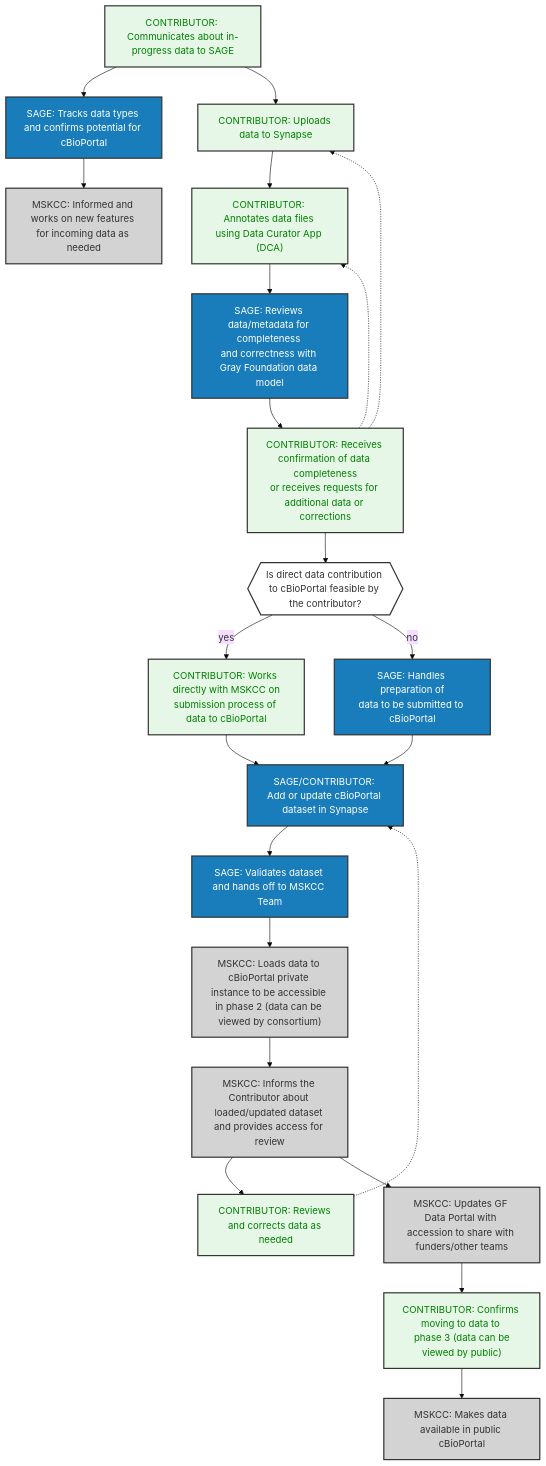
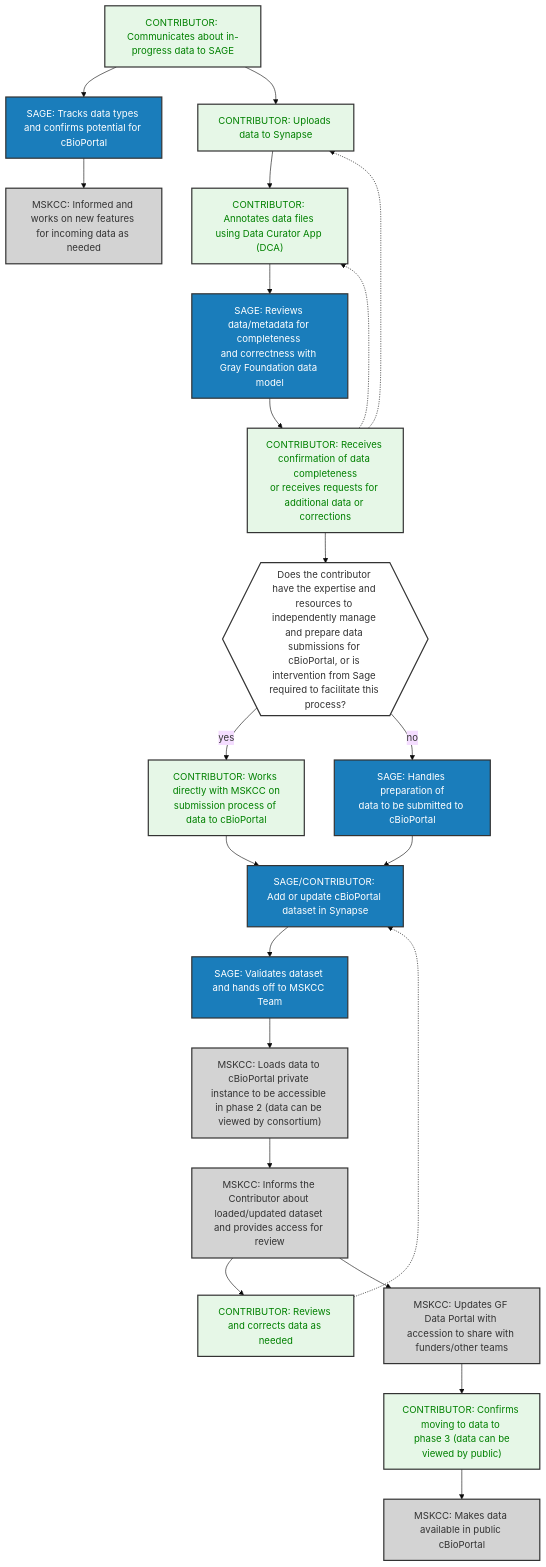
Before and after one commit to gf-dcc/docs: the diagram in docs/workflows/cBioPortal.md, drawn with Mermaid (base theme).

````diff
--- a/docs/workflows/cBioPortal.md
+++ b/docs/workflows/cBioPortal.md
@@ -10,32 +10,32 @@
 ```mermaid
 
 flowchart TB
 
     classDef Sage fill:#1A7DBB,color:white,stroke:#333,stroke-width:2px;
     classDef MSKCC fill:lightgray,stroke:#333,stroke-width:2px;
     classDef Contributor fill:#E6F7E7,color:green,stroke:#333,stroke-width:2px;
     classDef Decision fill:white,stroke:#333,stroke-width:2px;
 
     communicate["CONTRIBUTOR: Communicates about in-progress data to SAGE"]:::Contributor --> checkDataType["SAGE: Tracks data types and confirms potential for cBioPortal"]:::Sage
     checkDataType --> potentialDev["MSKCC: Informed and works on new features for incoming data as needed"]:::MSKCC
     communicate --> uploadsData:::Contributor
     uploadsData["CONTRIBUTOR: Uploads data to Synapse"] --> annotatesDCA["CONTRIBUTOR: Annotates data files using Data Curator App (DCA)"]:::Contributor
     annotatesDCA --> reviewData["SAGE: Reviews data/metadata for completeness <br>and correctness with Gray Foundation data model"]:::Sage
     reviewData --> reviewResult["CONTRIBUTOR: Receives confirmation of data completeness<br>or receives requests for additional data or corrections"]:::Contributor
     reviewResult --> decidePrep1
-    decidePrep1{{"Is direct data contribution to cBioPortal feasible by the contributor?"}}:::Decision
+    decidePrep1{{"Does the contributor have the expertise and resources to independently manage and prepare data submissions for cBioPortal, or is intervention from Sage required to facilitate this process?"}}:::Decision
     reviewResult -.-> uploadsData
     reviewResult -.-> annotatesDCA
     decidePrep1 -->|yes| directSubmissionProcess["CONTRIBUTOR: Works directly with MSKCC on<br>submission process of data to cBioPortal"]:::Contributor
     decidePrep1 -->|no| fallbackToSage["SAGE: Handles preparation of<br>data to be submitted to cBioPortal"]:::Sage
     directSubmissionProcess --> uploadscBioData["SAGE/CONTRIBUTOR: Add or update cBioPortal dataset in Synapse"]
     fallbackToSage --> uploadscBioData:::Sage
     uploadscBioData --> validated["SAGE: Validates dataset and hands off to MSKCC Team"]:::Sage
     validated --> loadData["MSKCC: Loads data to cBioPortal private instance to be accessible in phase 2 (data can be viewed by consortium)"]:::MSKCC
     loadData --> informContributor["MSKCC: Informs the Contributor about loaded/updated dataset and provides access for review"]:::MSKCC
     informContributor --> contributorReviews["CONTRIBUTOR: Reviews and corrects data as needed"]:::Contributor -.-> uploadscBioData
     informContributor --> updateGFPortal["MSKCC: Updates GF Data Portal with accession to share with funders/other teams"]:::MSKCC
     updateGFPortal --> moveToPhaseIII["CONTRIBUTOR: Confirms moving to data to <br> phase 3 (data can be viewed by public)"]:::Contributor
     moveToPhaseIII --> copiesDataPublic["MSKCC: Makes data available in public cBioPortal"]:::MSKCC
 
 ```
````
